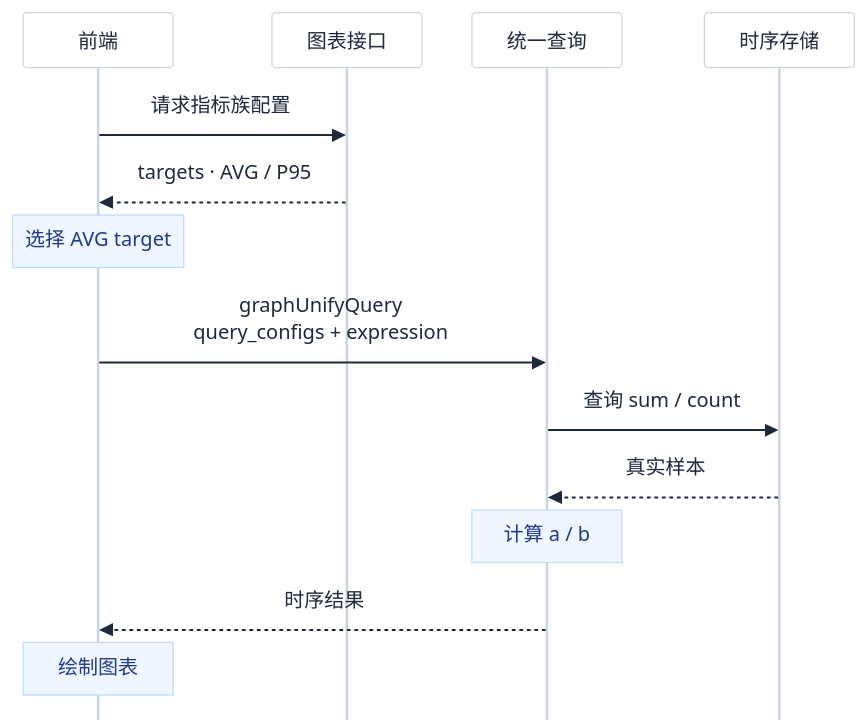
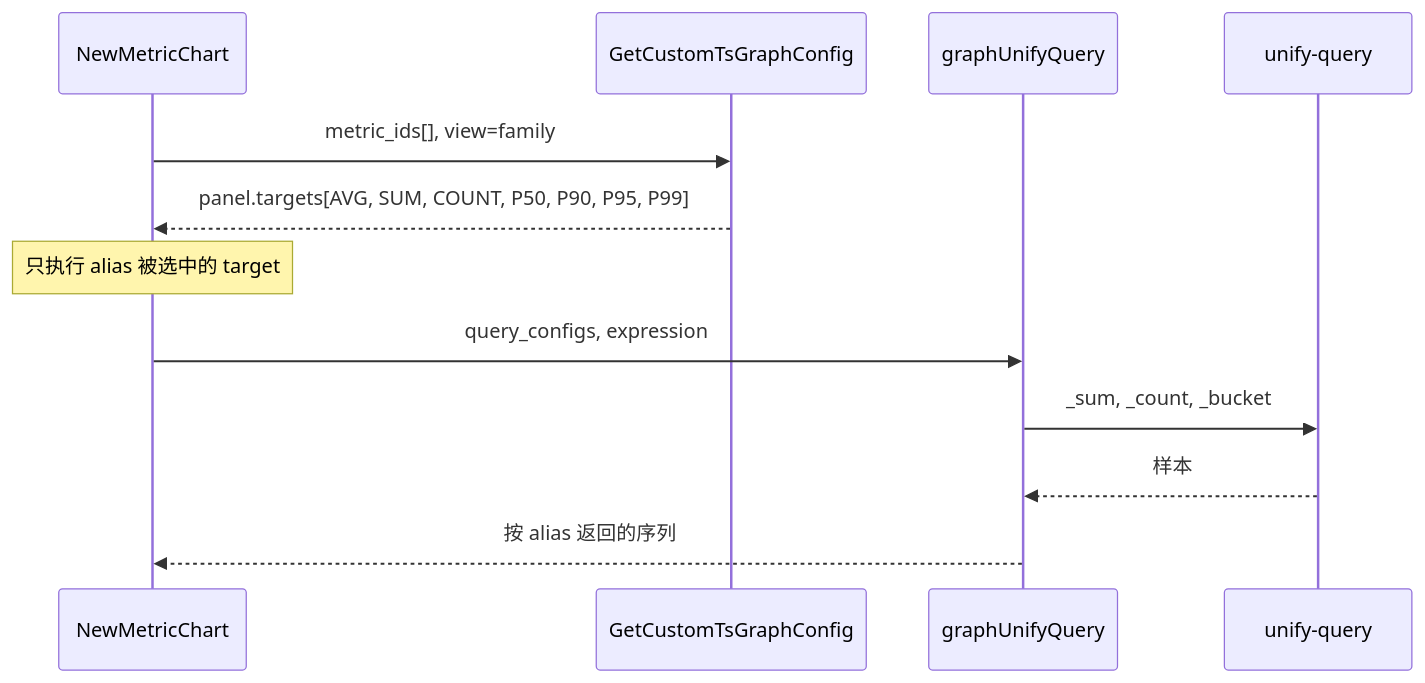
Before and after one commit to ZhuoZhuoCrayon/ai-workspace: diagram 12 of 25 in knowledge/bkmonitor/issues/2026-09-15-custom-metric-metadata/PLAN.md, drawn with Mermaid. The commit also changed other lines of this file and 17 other files, not shown here.

First line of the commit message:
docs(issue): rebuild custom metric metadata plan on definitions with sparse exceptions

````diff
--- a/knowledge/bkmonitor/issues/2026-09-15-custom-metric-metadata/PLAN.md
+++ b/knowledge/bkmonitor/issues/2026-09-15-custom-metric-metadata/PLAN.md
@@ -252,18 +645,15 @@
 ```mermaid
-%%{init: {"theme": "base", "themeVariables": {"fontFamily": "PingFang SC, Microsoft YaHei, sans-serif", "fontSize": "14px", "primaryColor": "#FFFFFF", "primaryTextColor": "#1E293B", "primaryBorderColor": "#CBD5E1", "lineColor": "#94A3B8", "clusterBkg": "#F8FAFC", "clusterBorder": "#E2E8F0", "tertiaryColor": "#F8FAFC", "edgeLabelBackground": "#FFFFFF", "noteBkgColor": "#EFF6FF", "noteBorderColor": "#BFDBFE", "noteTextColor": "#1E3A8A"}, "flowchart": {"nodeSpacing": 28, "rankSpacing": 36, "curve": "basis", "subGraphTitleMargin": {"top": 8, "bottom": 12}}, "sequence": {"mirrorActors": false, "height": 44, "width": 120, "actorMargin": 40, "messageMargin": 28, "actorFontSize": 14, "messageFontSize": 14, "noteFontSize": 14}}}%%
 sequenceDiagram
-    participant UI as 前端
-    participant Config as 图表接口
-    participant Query as 统一查询
-    participant Store as 时序存储
+    participant UI as NewMetricChart
+    participant Config as GetCustomTsGraphConfig
+    participant Query as graphUnifyQuery
+    participant Store as unify-query
 
-    UI->>Config: 请求指标族配置
-    Config-->>UI: targets · AVG / P95
-    Note over UI: 选择 AVG target
-    UI->>Query: graphUnifyQuery<br/>query_configs + expression
-    Query->>Store: 查询 sum / count
-    Store-->>Query: 真实样本
-    Note over Query: 计算 a / b
-    Query-->>UI: 时序结果
-    Note over UI: 绘制图表
+    UI->>Config: metric_ids[], view=family
+    Config-->>UI: panel.targets[AVG, SUM, COUNT, P50, P90, P95, P99]
+    Note over UI: 只执行 alias 被选中的 target
+    UI->>Query: query_configs, expression
+    Query->>Store: _sum, _count, _bucket
+    Store-->>Query: 样本
+    Query-->>UI: 按 alias 返回的序列
 ```
````
